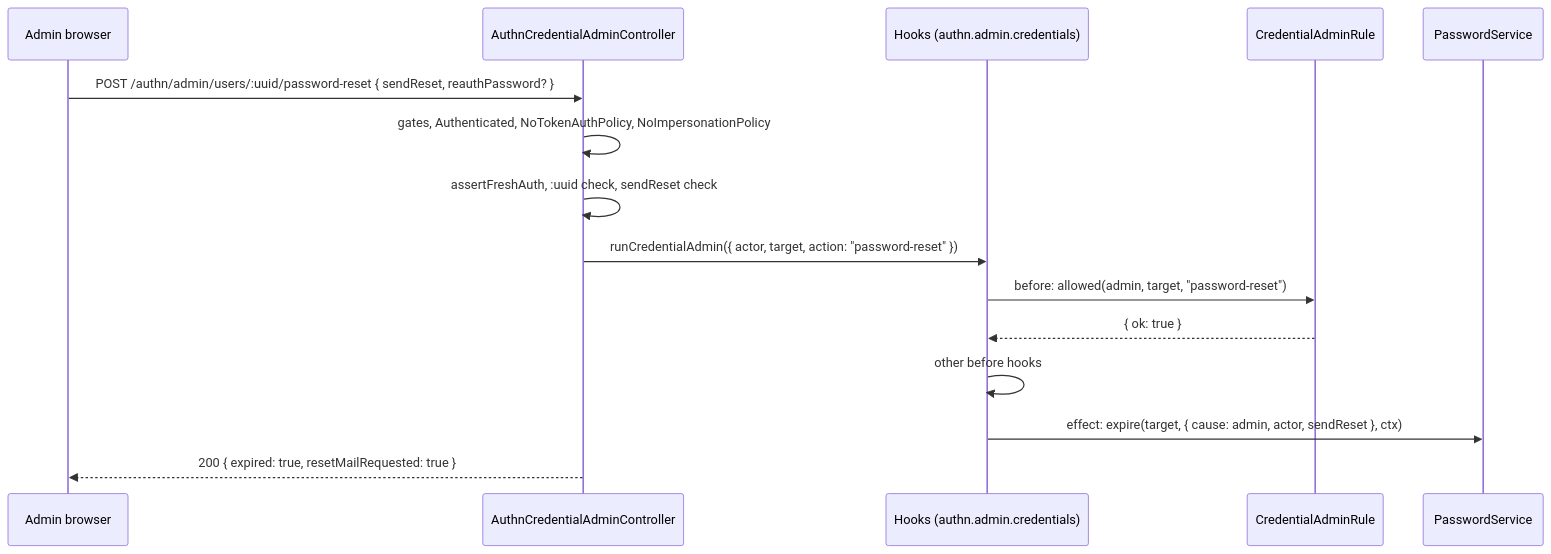
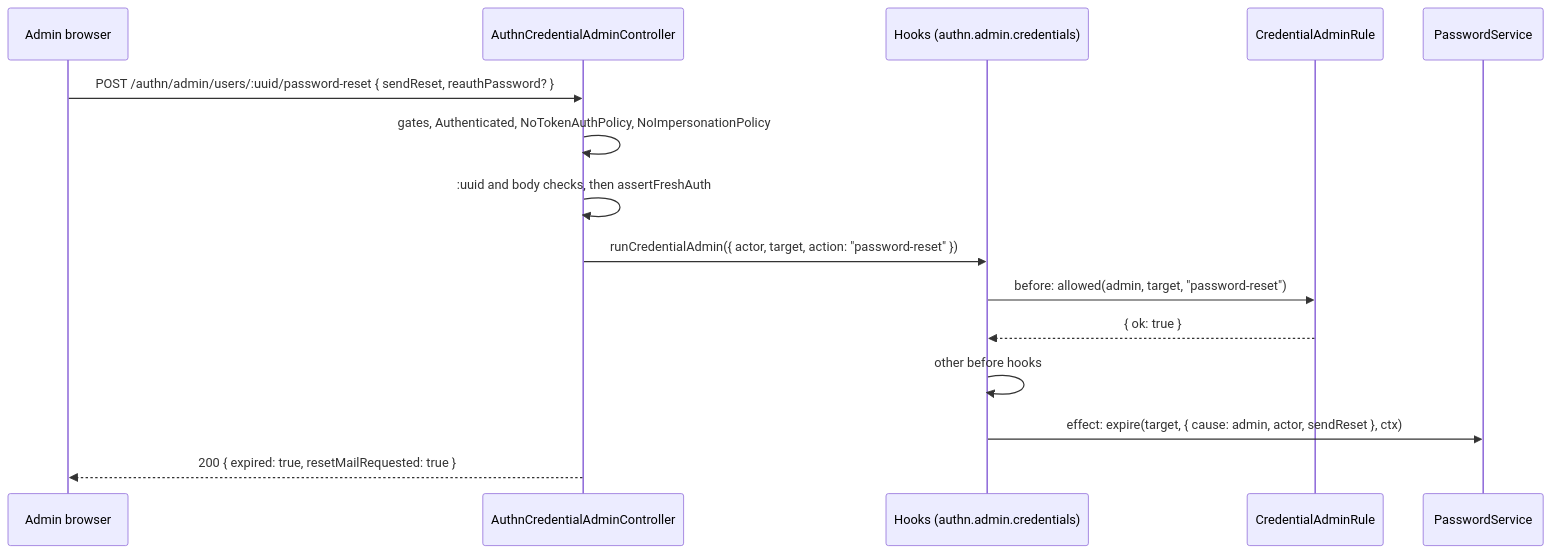
One commit to spinajs/main changed the diagram in docs/authn-http/16-credential-admin-routes.md. Above: the diagram before and after it, drawn with Mermaid. The commit also changed other lines of this file and 386 other files, not shown here.

````diff
--- a/docs/authn-http/16-credential-admin-routes.md
+++ b/docs/authn-http/16-credential-admin-routes.md
@@ -29,17 +28,17 @@
 ```mermaid
 sequenceDiagram
   participant A as Admin browser
   participant C as AuthnCredentialAdminController
   participant H as Hooks (authn.admin.credentials)
   participant G as CredentialAdminRule
   participant P as PasswordService
   A->>C: POST /authn/admin/users/:uuid/password-reset { sendReset, reauthPassword? }
   C->>C: gates, Authenticated, NoTokenAuthPolicy, NoImpersonationPolicy
-  C->>C: assertFreshAuth, :uuid check, sendReset check
+  C->>C: :uuid and body checks, then assertFreshAuth
   C->>H: runCredentialAdmin({ actor, target, action: "password-reset" })
   H->>G: before: allowed(admin, target, "password-reset")
   G-->>H: { ok: true }
   H->>H: other before hooks
   H->>P: effect: expire(target, { cause: admin, actor, sendReset }, ctx)
   C-->>A: 200 { expired: true, resetMailRequested: true }
 ```
````
